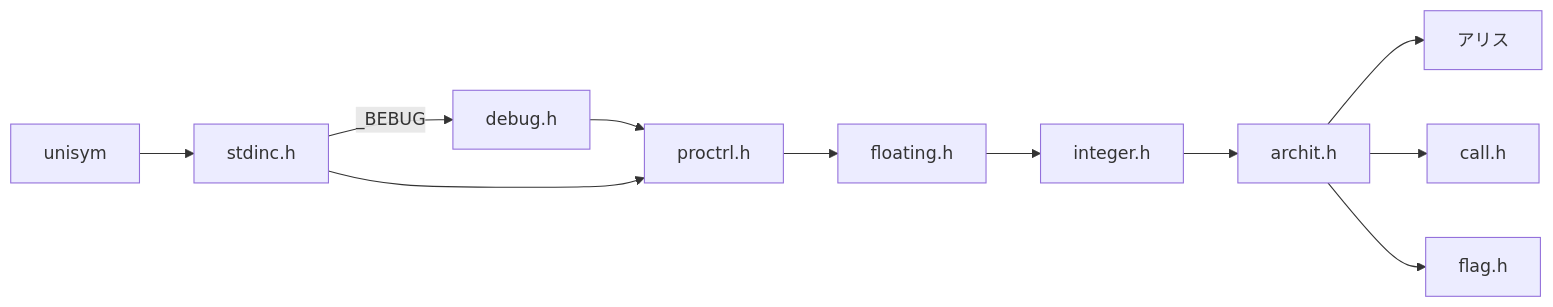
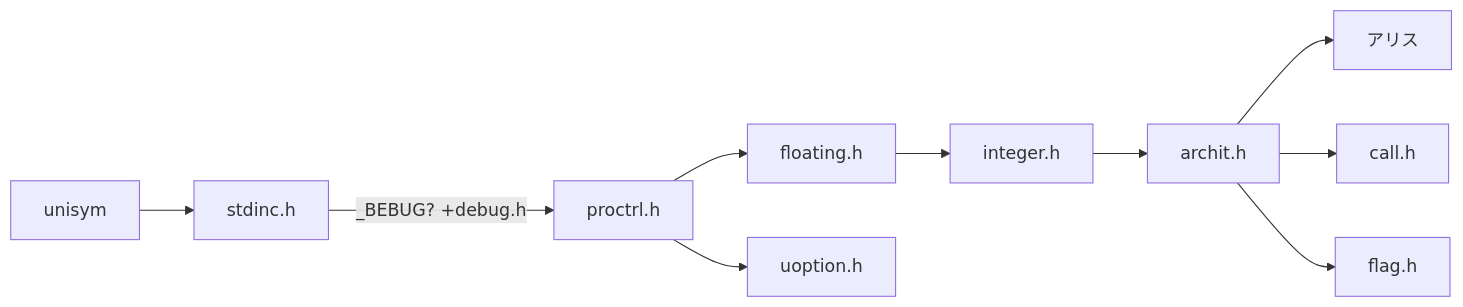
One commit to ArinaMgk/unisym changed the first of 2 diagrams in doc/www.unisym.org/en/6-Depend.md. Above: the diagram before and after it, drawn with Mermaid. The commit also changed other lines of this file and 35 other files, not shown here.

````diff
--- a/doc/www.unisym.org/en/6-Depend.md
+++ b/doc/www.unisym.org/en/6-Depend.md
@@ -49,14 +45,14 @@
 ```mermaid
 graph LR
 	alice[アリス]
 	arch[archit.h]
 	arch-->alice
 	arch-->calling[call.h]
 	arch-->flag.h
 	proctrl[proctrl.h]
 	proctrl-->floating.h-->integer.h-->arch
+	proctrl-->uoption.h
 	stdinc[stdinc.h]
-	stdinc--"_BEBUG"-->debug.h-->proctrl
-	stdinc-->proctrl
+	stdinc--"_BEBUG? +debug.h"-->proctrl
 	unisym-->stdinc
 ```
````
